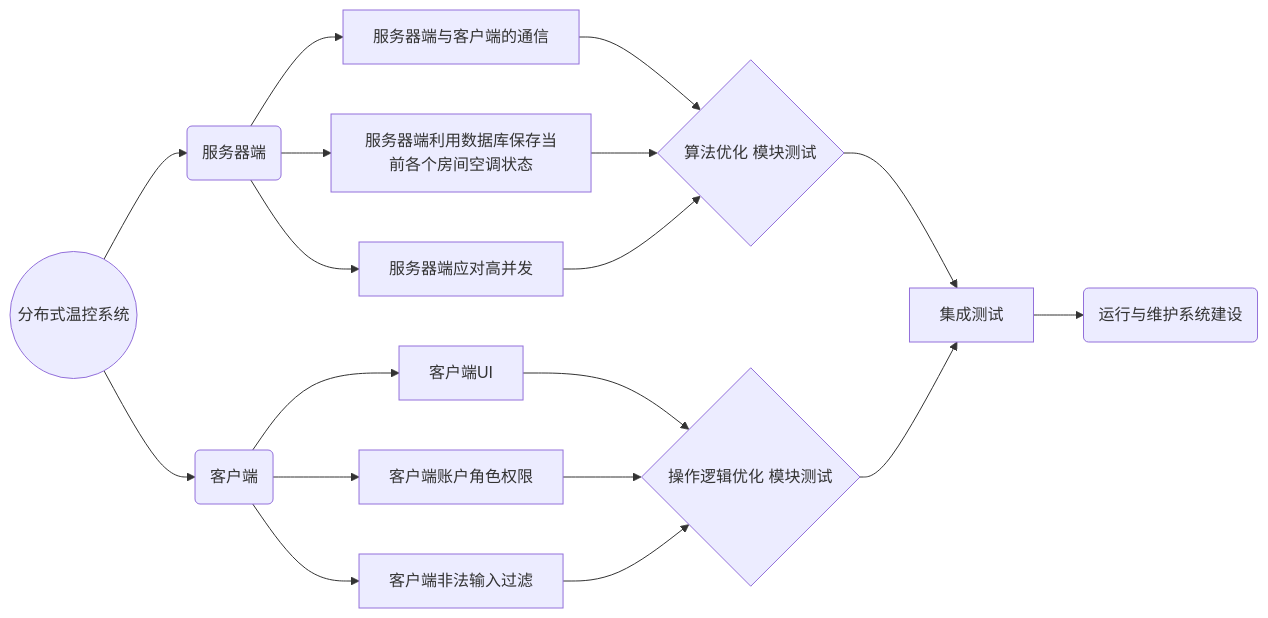
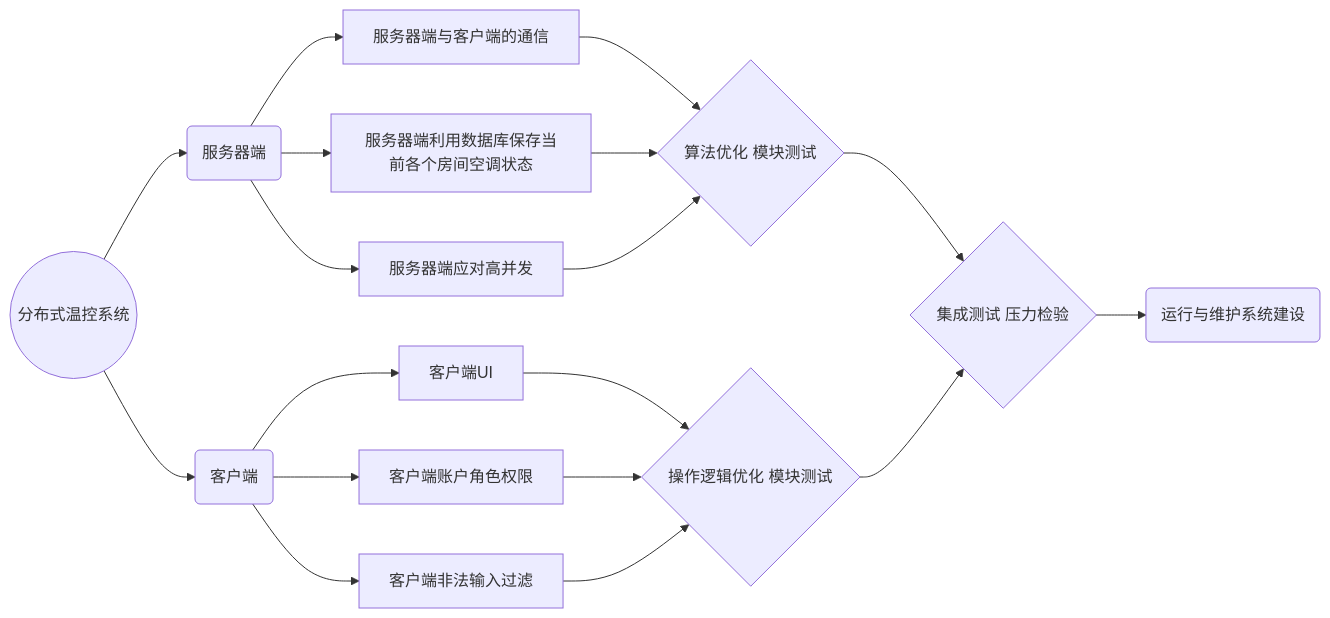
One commit to SimonGH0STRiley/AirConditioningManagementSystem changed the first of 2 diagrams in 分布式温控系统的解决方案.md. Above: the diagram before and after it, drawn with Mermaid.

Commit message:
correcting typo

````diff
--- a/分布式温控系统的解决方案.md
+++ b/分布式温控系统的解决方案.md
@@ -29,21 +29,21 @@
   ``` mermaid
   graph LR
   	A((分布式温控系统))-->B(服务器端)
   		B-->C[服务器端与客户端的通信]
   		B-->D[服务器端利用数据库保存当前各个房间空调状态]
   		B-->E[服务器端应对高并发]
   			C-->F{算法优化 模块测试}
   			D-->F
   			E-->F
   	A-->G(客户端)
   		G-->H[客户端UI]
   		G-->I[客户端账户角色权限]
   		G-->J[客户端非法输入过滤]
   			H-->K{操作逻辑优化 模块测试}
   			I-->K
   			J-->K
   	F-->L(组装)
-  	K-->L[集成测试]
+  	K-->L{集成测试 压力检验}
   	L-->M(运行与维护系统建设)
   	
   ```
````
